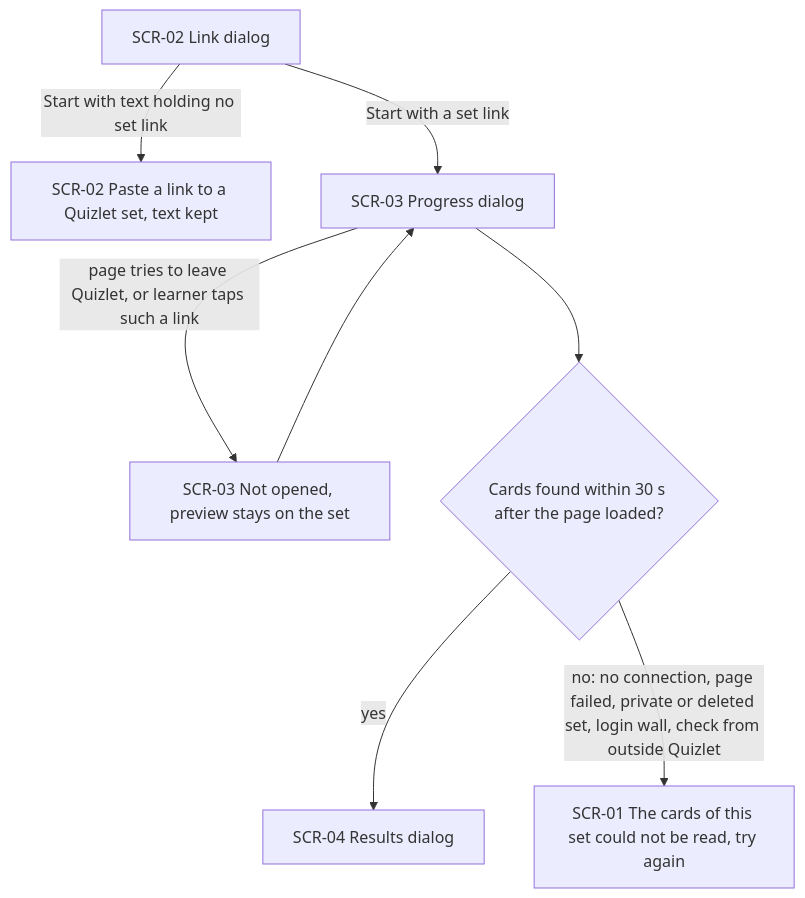
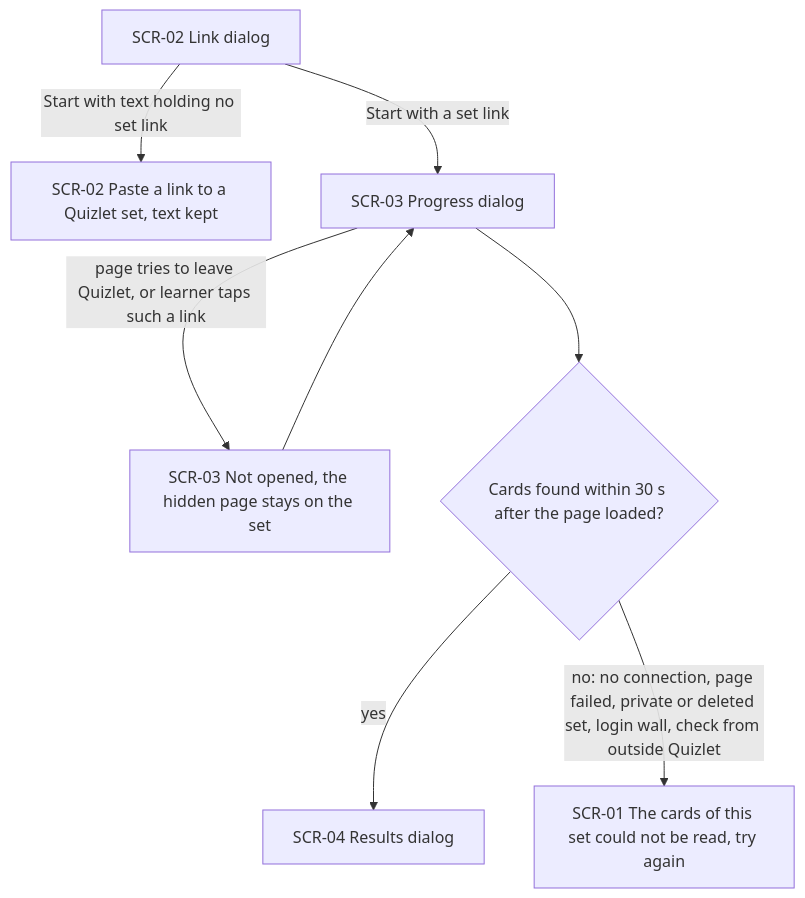
The third of 6 diagrams in docs/features/import-from-quizlet/ux-flows.md (mlevytskiy/flutter_vocabulary_app), drawn with Mermaid before and after one commit. The commit also changed other lines of this file and 41 other files, not shown here.

````diff
--- a/docs/features/import-from-quizlet/ux-flows.md
+++ b/docs/features/import-from-quizlet/ux-flows.md
@@ -79,10 +83,10 @@
 ```mermaid
 flowchart TD
     B[SCR-02 Link dialog] -->|Start with text holding no set link| E1[SCR-02 Paste a link to a Quizlet set, text kept]
     B -->|Start with a set link| P[SCR-03 Progress dialog]
-    P -->|page tries to leave Quizlet, or learner taps such a link| F[SCR-03 Not opened, preview stays on the set]
+    P -->|page tries to leave Quizlet, or learner taps such a link| F[SCR-03 Not opened, the hidden page stays on the set]
     F --> P
     P --> T{Cards found within 30 s after the page loaded?}
     T -->|yes| R[SCR-04 Results dialog]
     T -->|no: no connection, page failed, private or deleted set, login wall, check from outside Quizlet| M[SCR-01 The cards of this set could not be read, try again]
 ```
````
